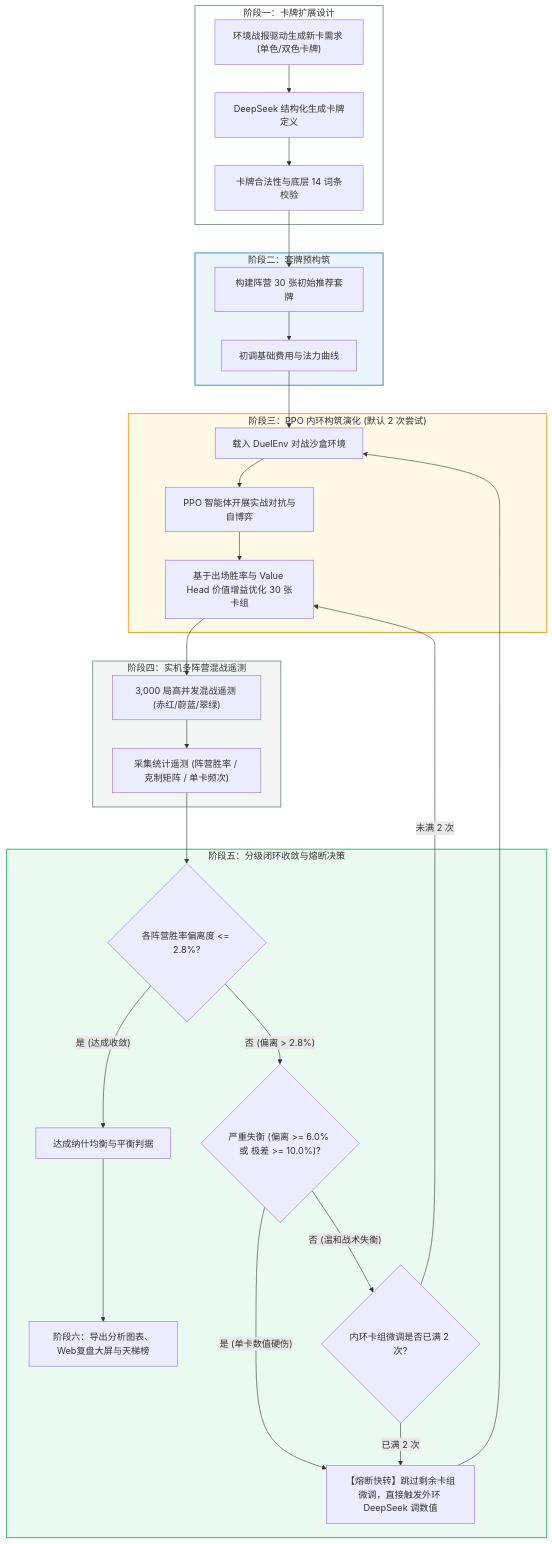
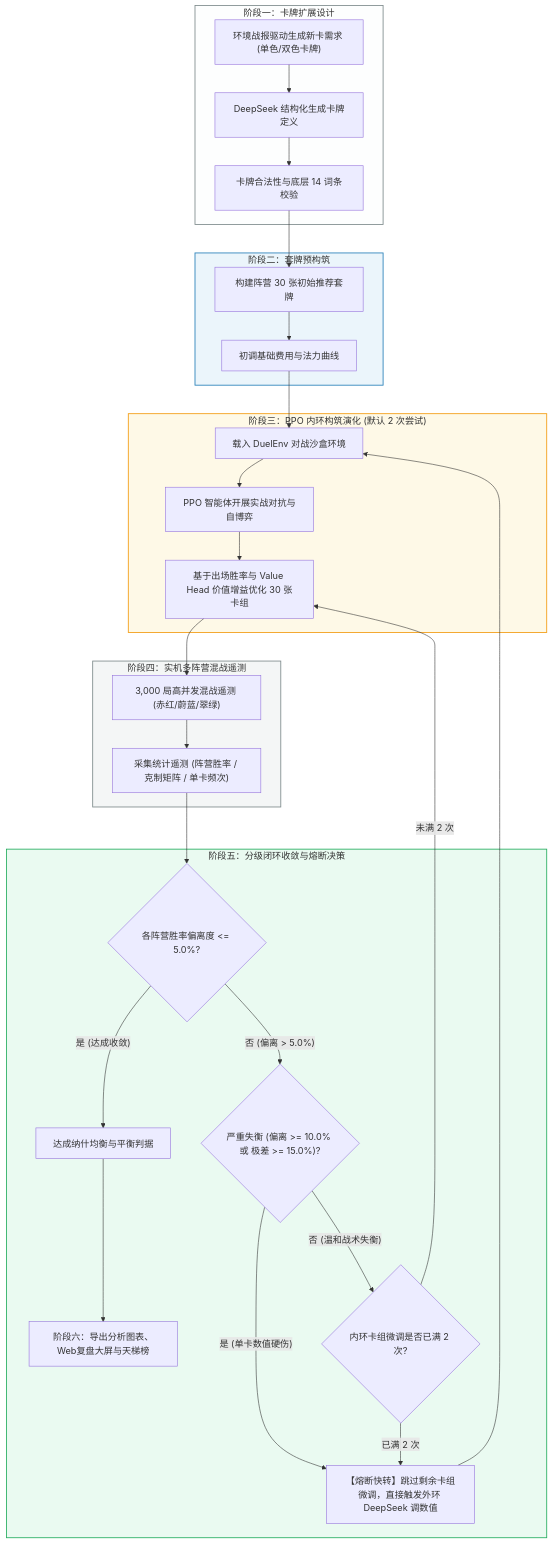
Before and after one commit to zipad0207/tcg-ai-1.0: the diagram in README.md, drawn with Mermaid. The commit also changed other lines of this file and 3 other files, not shown here.

Commit message:
恢复第三部分看板大图，修正平衡阈值与参数说明，补充 LICENSE 文件

````diff
--- a/README.md
+++ b/README.md
@@ -48,43 +48,43 @@
 ```mermaid
 flowchart TD
     subgraph S1 ["阶段一：卡牌扩展设计"]
         A1["环境战报驱动生成新卡需求 (单色/双色卡牌)"] --> A2["DeepSeek 结构化生成卡牌定义"]
         A2 --> A3["卡牌合法性与底层 14 词条校验"]
     end
 
     subgraph S2 ["阶段二：套牌预构筑"]
         A3 --> B1["构建阵营 30 张初始推荐套牌"]
         B1 --> B2["初调基础费用与法力曲线"]
     end
 
     subgraph S3 ["阶段三：PPO 内环构筑演化 (默认 2 次尝试)"]
         B2 --> C1["载入 DuelEnv 对战沙盒环境"]
         C1 --> C2["PPO 智能体开展实战对抗与自博弈"]
         C2 --> C3["基于出场胜率与 Value Head 价值增益优化 30 张卡组"]
     end
 
     subgraph S4 ["阶段四：实机多阵营混战遥测"]
         C3 --> D1["3,000 局高并发混战遥测 (赤红/蔚蓝/翠绿)"]
         D1 --> D2["采集统计遥测 (阵营胜率 / 克制矩阵 / 单卡频次)"]
     end
 
     subgraph S5 ["阶段五：分级闭环收敛与熔断决策"]
-        D2 --> E1{"各阵营胜率偏离度 <= 2.8%?"}
+        D2 --> E1{"各阵营胜率偏离度 <= 5.0%?"}
         
         E1 -- "是 (达成收敛)" --> G1["达成纳什均衡与平衡判据"]
         G1 --> G2["阶段六：导出分析图表、Web复盘大屏与天梯榜"]
 
-        E1 -- "否 (偏离 > 2.8%)" --> E2{"严重失衡 (偏离 >= 6.0% 或 极差 >= 10.0%)?"}
+        E1 -- "否 (偏离 > 5.0%)" --> E2{"严重失衡 (偏离 >= 10.0% 或 极差 >= 15.0%)?"}
         E2 -- "是 (单卡数值硬伤)" --> F1["【熔断快转】跳过剩余卡组微调，直接触发外环 DeepSeek 调数值"]
         E2 -- "否 (温和战术失衡)" --> E3{"内环卡组微调是否已满 2 次?"}
         E3 -- "未满 2 次" --> C3
         E3 -- "已满 2 次" --> F1
         F1 --> C1
     end
 
     style S1 fill:#fdfefe,stroke:#7f8c8d,stroke-width:1.5px
     style S2 fill:#ebf5fb,stroke:#2980b9,stroke-width:1.5px
     style S3 fill:#fef9e7,stroke:#f39c12,stroke-width:1.5px
     style S4 fill:#f4f6f6,stroke:#7f8c8d,stroke-width:1.5px
     style S5 fill:#eafaf1,stroke:#27ae60,stroke-width:1.5px
 ```
````
